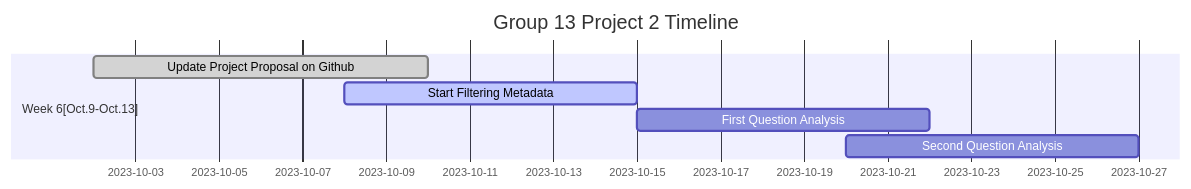
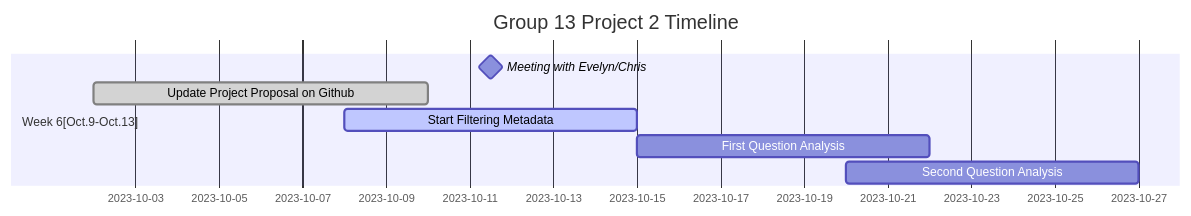
One commit to mairi-macaulay/MICB475_Group13 changed the diagram in README.md. Above: the diagram before and after it, drawn with Mermaid.

Commit message:
still trying

````diff
--- a/README.md
+++ b/README.md
@@ -24,12 +24,13 @@
 ```mermaid
 gantt
 dateFormat  YYYY-MM-DD
 title Group 13 Project 2 Timeline
 
 section Week 6[Oct.9-Oct.13]
+Meeting with Evelyn/Chris               :milestone,     m1,    2023-10-11, 1d
 Update Project Proposal on Github       :done,          first_1,    2023-10-02, 2023-10-10
 Start Filtering Metadata                :active,        first_2,    2023-10-08, 7d
 First Question Analysis                 :active         first_3,    2023-10-15, 7d
 Second Question Analysis                :active         first_4,    2023-10-20, 7d
 
 ```
````
